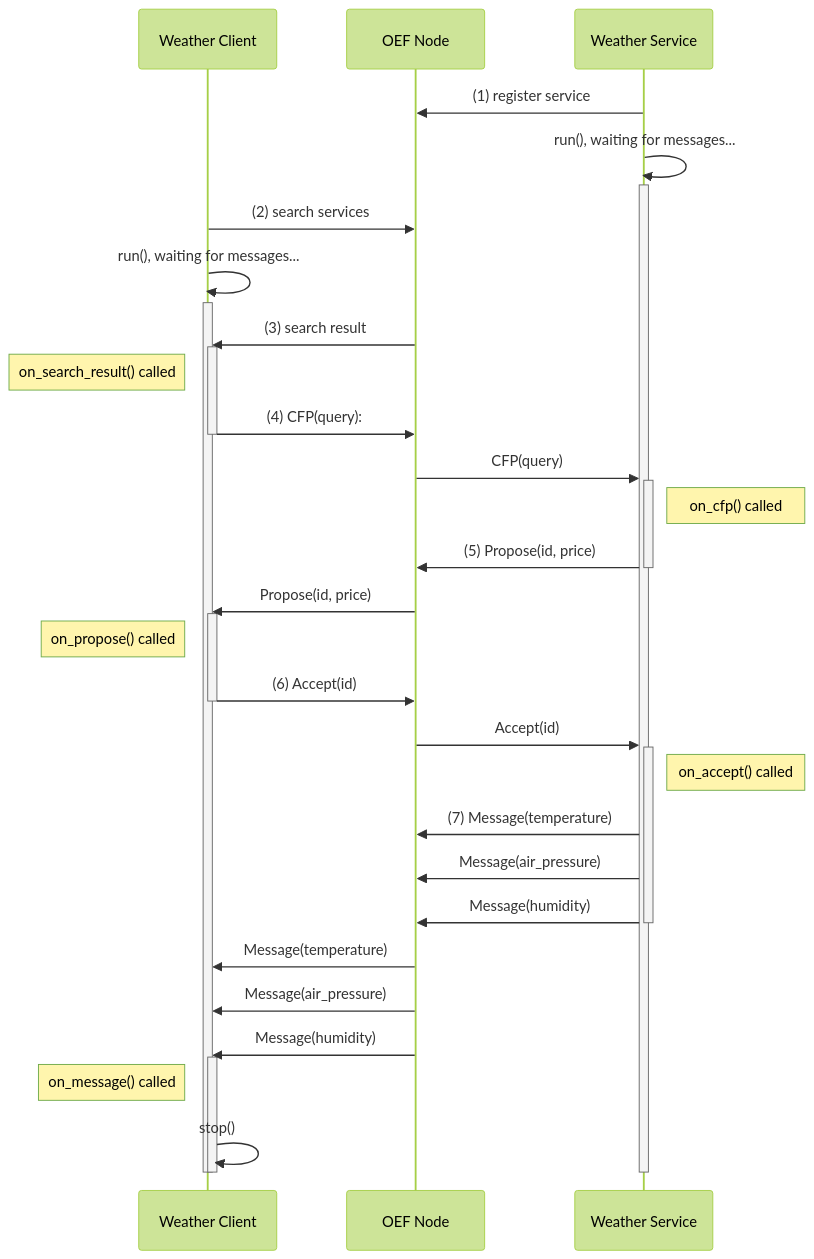
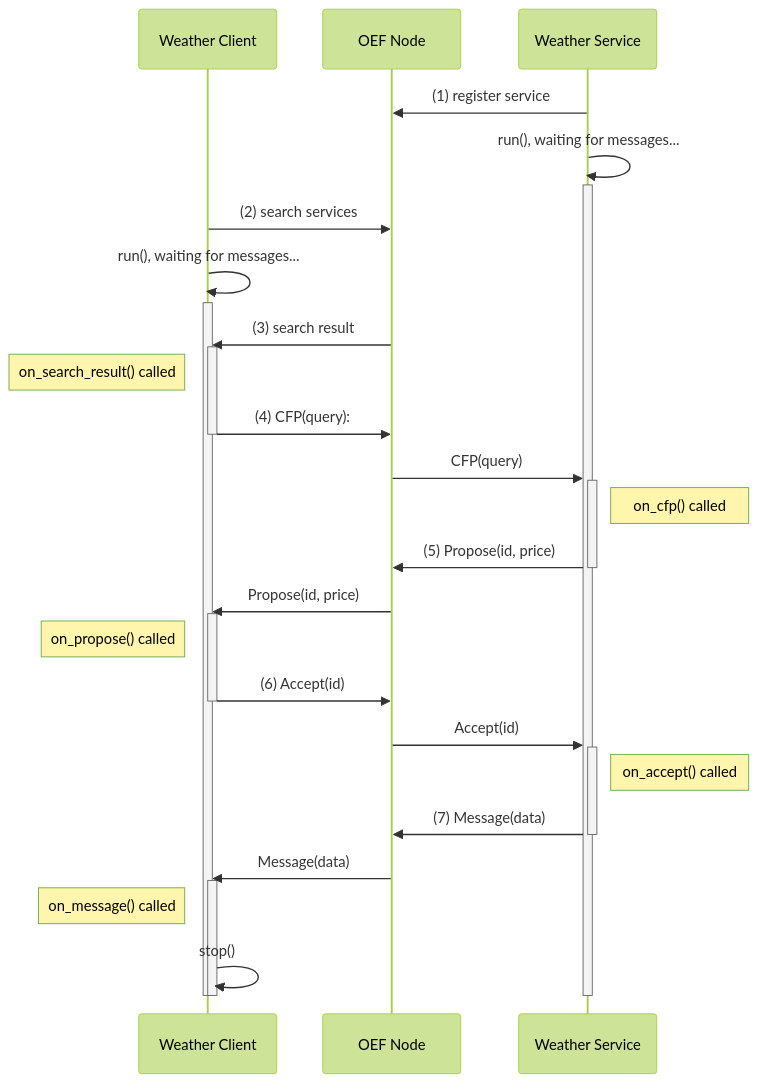
The diagram in docs/source/diagrams/weather_example.mmd (therobertc/oef-sdk-python), drawn with Mermaid (forest theme) before and after one commit. The commit also changed 67 other files, not shown here.

```diff
--- a/docs/source/diagrams/weather_example.mmd
+++ b/docs/source/diagrams/weather_example.mmd
@@ -1,41 +1,37 @@
 sequenceDiagram
         participant Weather Client
         participant OEF Node
         participant Weather Service
         Weather Service->>OEF Node: (1) register service;
         Weather Service->>Weather Service: run(), waiting for messages...
         activate Weather Service
         Weather Client->>OEF Node: (2) search services;
         Weather Client->>Weather Client: run(), waiting for messages...
         activate Weather Client
         OEF Node->>Weather Client: (3) search result;
         activate Weather Client
         note left of Weather Client: on_search_result() called
         Weather Client->>OEF Node: (4) CFP(query):
         deactivate Weather Client
         OEF Node->>Weather Service: CFP(query);
         activate Weather Service
         note right of Weather Service:on_cfp() called;
         Weather Service ->>OEF Node: (5) Propose(id, price)
         deactivate Weather Service
         OEF Node ->>Weather Client: Propose(id, price)
         activate Weather Client
         note left of Weather Client: on_propose() called;
         Weather Client->>OEF Node: (6) Accept(id)
         deactivate Weather Client
         OEF Node->>Weather Service: Accept(id)
         activate Weather Service
         note right of Weather Service:on_accept() called;
-        Weather Service ->>OEF Node: (7) Message(temperature)
-        Weather Service ->>OEF Node: Message(air_pressure)
-        Weather Service ->>OEF Node: Message(humidity)
+        Weather Service ->>OEF Node: (7) Message(data)
         deactivate Weather Service
-        OEF Node ->>Weather Client: Message(temperature)
-        OEF Node ->>Weather Client: Message(air_pressure)
-        OEF Node ->>Weather Client: Message(humidity)
+        OEF Node ->>Weather Client: Message(data)
         activate Weather Client
         note left of Weather Client: on_message() called;
         Weather Client->>Weather Client: stop()
         deactivate Weather Client
         deactivate Weather Service
         deactivate Weather Client
```
